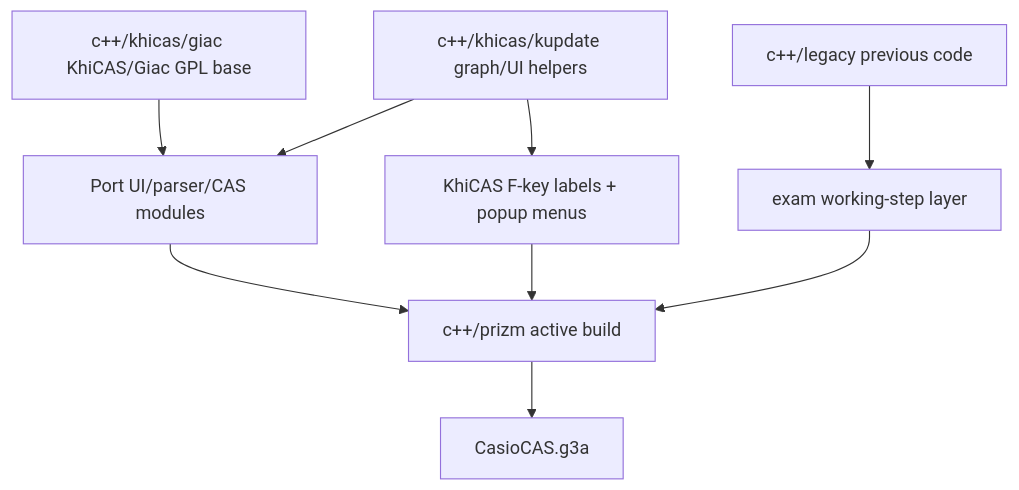
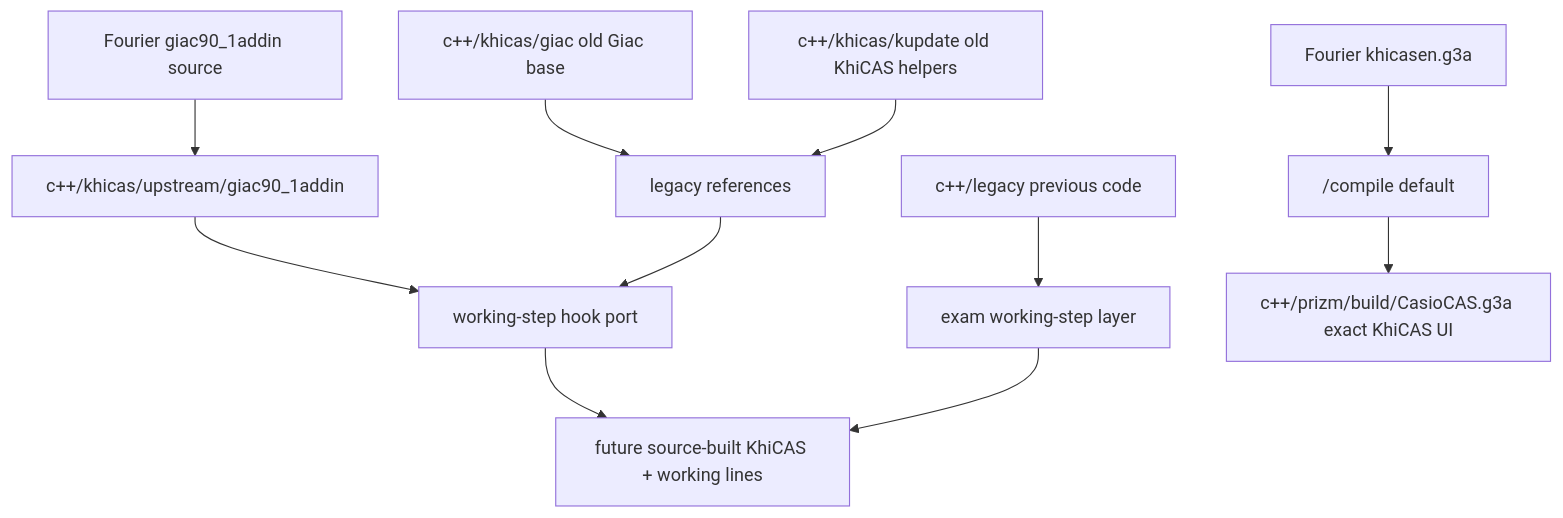
The first of 6 diagrams in c++/GRAPH.md (james8464/notes-addin-casio-fx-cg50), drawn with Mermaid before and after one commit. The commit also changed 250 other files, not shown here.

Commit message:
Import upstream KhiCAS reference base

````diff
--- a/c++/GRAPH.md
+++ b/c++/GRAPH.md
@@ -3,11 +3,13 @@
 ```mermaid
 graph TD
-  KH["c++/khicas/giac KhiCAS/Giac GPL base"] --> Port["Port UI/parser/CAS modules"]
-  KU["c++/khicas/kupdate graph/UI helpers"] --> Port
-  KU --> FMenu["KhiCAS F-key labels + popup menus"]
+  Up["Fourier giac90_1addin source"] --> Exact["c++/khicas/upstream/giac90_1addin"]
+  Ref["Fourier khicasen.g3a"] --> Build["/compile default"]
+  Exact --> Port["working-step hook port"]
+  KH["c++/khicas/giac old Giac base"] --> OldRefs["legacy references"]
+  KU["c++/khicas/kupdate old KhiCAS helpers"] --> OldRefs
+  OldRefs --> Port
   Legacy["c++/legacy previous code"] --> WorkSteps["exam working-step layer"]
-  FMenu --> Active["c++/prizm active build"]
-  Port --> Active
-  WorkSteps --> Active
-  Active --> G3A["CasioCAS.g3a"]
+  Build --> G3A["c++/prizm/build/CasioCAS.g3a exact KhiCAS UI"]
+  Port --> Future["future source-built KhiCAS + working lines"]
+  WorkSteps --> Future
 ```
````
